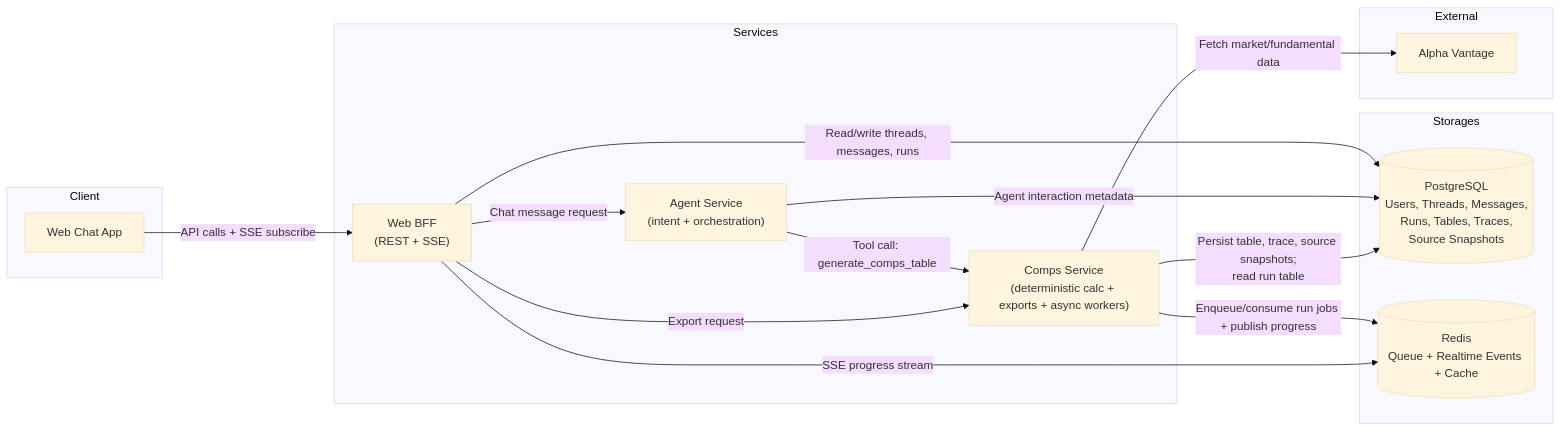
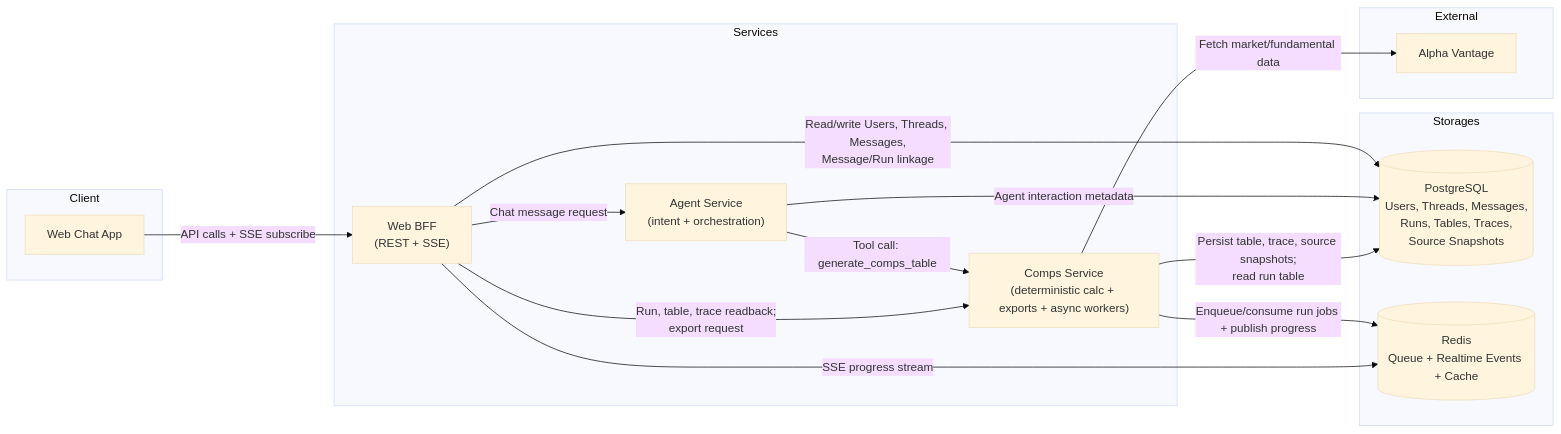
The diagram in docs/adr/ADR-001-mvp-high-level-architecture.md (zer0plus/talk-to-your-stock), drawn with Mermaid (base theme) before and after one commit. The commit also changed 5 other files, not shown here.

Commit message:
Harden Comps artifact readback contracts

````diff
--- a/docs/adr/ADR-001-mvp-high-level-architecture.md
+++ b/docs/adr/ADR-001-mvp-high-level-architecture.md
@@ -17,36 +17,36 @@
 ```mermaid
 flowchart LR
   subgraph Client
     WEB["Web Chat App"]
   end
 
   subgraph Services
     BFF["Web BFF<br/>(REST + SSE)"]
     AGENT["Agent Service<br/>(intent + orchestration)"]
     COMPS["Comps Service<br/>(deterministic calc + exports + async workers)"]
   end
 
   subgraph Storages
     PG[("PostgreSQL<br/>Users, Threads, Messages,<br/>Runs, Tables, Traces,<br/>Source Snapshots")]
     REDIS[("Redis<br/>Queue + Realtime Events + Cache")]
   end
 
   subgraph External
     AV["Alpha Vantage"]
   end
 
   WEB -->|"API calls + SSE subscribe"| BFF
 
   BFF -->|"Chat message request"| AGENT
   AGENT -->|"Tool call: generate_comps_table"| COMPS
-  BFF -->|"Export request"| COMPS
+  BFF -->|"Run, table, trace readback;<br/>export request"| COMPS
 
-  BFF -->|"Read/write threads, messages, runs"| PG
+  BFF -->|"Read/write Users, Threads, Messages,<br/>Message/Run linkage"| PG
   AGENT -->|"Agent interaction metadata"| PG
   COMPS -->|"Persist table, trace, source snapshots;<br/>read run table"| PG
 
   COMPS -->|"Enqueue/consume run jobs + publish progress"| REDIS
   BFF -->|"SSE progress stream"| REDIS
 
   COMPS -->|"Fetch market/fundamental data"| AV
 ```
````
